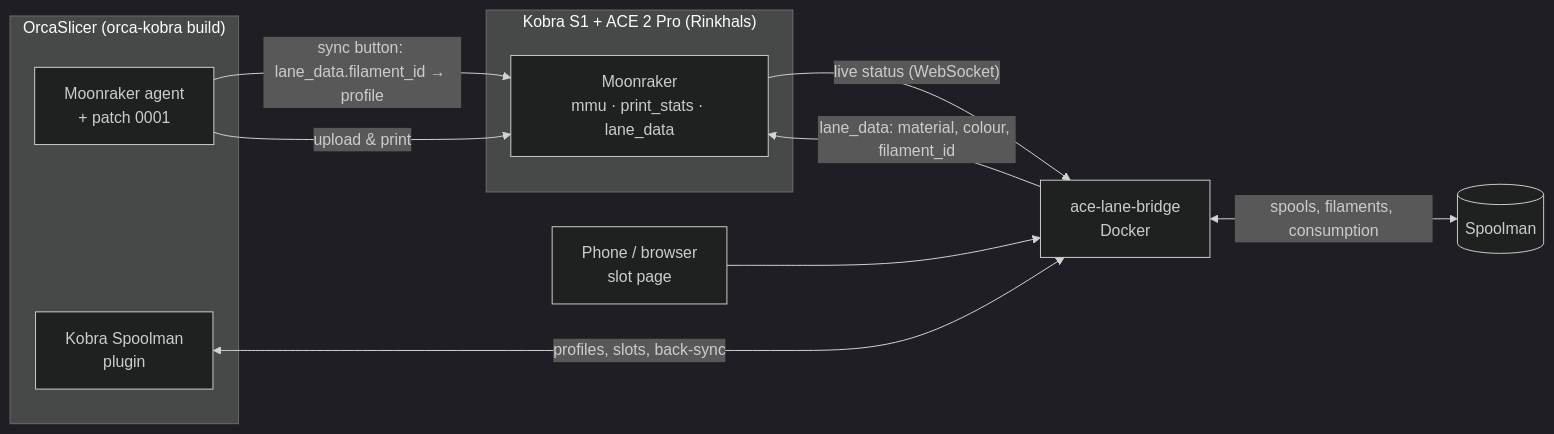
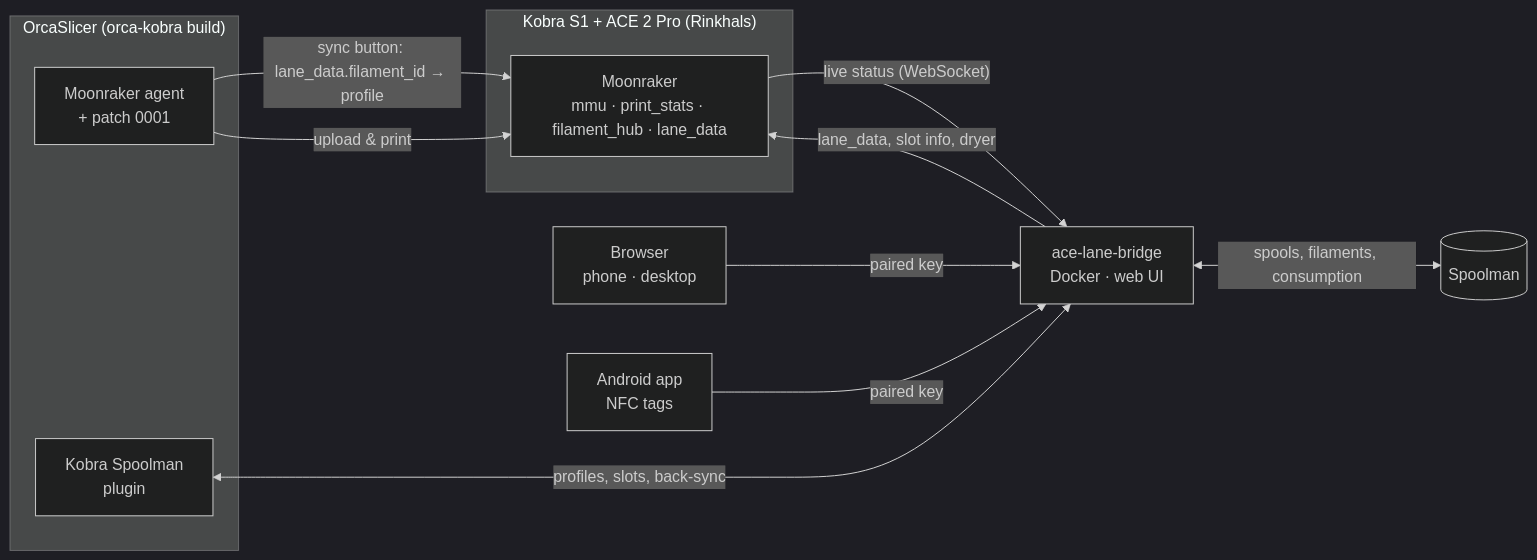
One commit to xNoVoSx/kobra-spoolman changed the diagram in README.md. Above: the diagram before and after it, drawn with Mermaid (dark theme). The commit also changed other lines of this file and 17 other files, not shown here.

First line of the commit message:
Doku neu fuer Weboberflaeche, Koppeln und App; Bridge 2.6.0

````diff
--- a/README.md
+++ b/README.md
@@ -38,21 +46,23 @@
 ```mermaid
 flowchart LR
     subgraph Printer["Kobra S1 + ACE 2 Pro (Rinkhals)"]
-        MR[Moonraker<br/>mmu · print_stats · lane_data]
+        MR[Moonraker<br/>mmu · print_stats · filament_hub · lane_data]
     end
     SM[(Spoolman)]
-    BR[ace-lane-bridge<br/>Docker]
+    BR[ace-lane-bridge<br/>Docker · web UI]
     subgraph PC["OrcaSlicer (orca-kobra build)"]
         AG[Moonraker agent<br/>+ patch 0001]
         PL[Kobra Spoolman<br/>plugin]
     end
-    Phone[Phone / browser<br/>slot page]
+    Web[Browser<br/>phone · desktop]
+    App[Android app<br/>NFC tags]
 
     MR -- "live status (WebSocket)" --> BR
-    BR -- "lane_data: material, colour, filament_id" --> MR
+    BR -- "lane_data, slot info, dryer" --> MR
     BR <-->|"spools, filaments, consumption"| SM
-    Phone --> BR
+    Web -- "paired key" --> BR
+    App -- "paired key" --> BR
     PL <-->|"profiles, slots, back-sync"| BR
     AG -- "sync button: lane_data.filament_id → profile" --> MR
     AG -- "upload & print" --> MR
 ```
````
